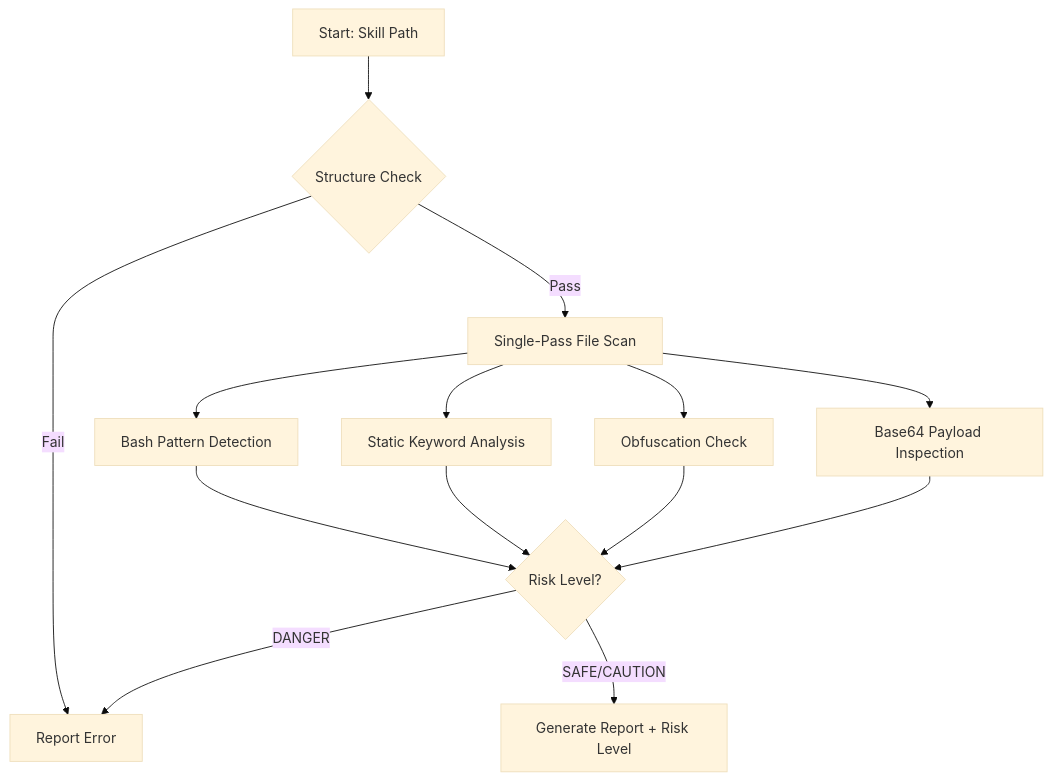
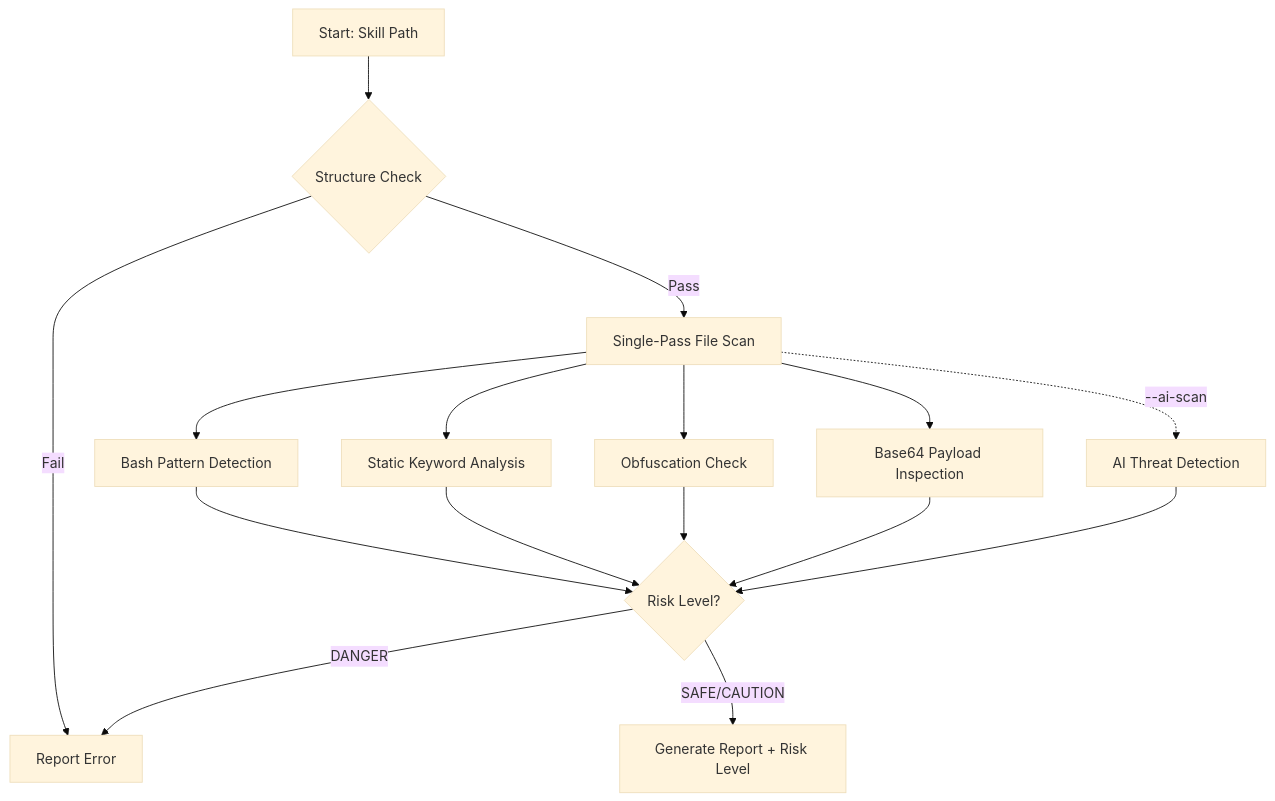
Before and after one commit to MatrixFounder/Universal-skills: the diagram in skills/skill-validator/SKILL.md, drawn with Mermaid (base theme). The commit also changed other lines of this file and 44 other files, not shown here.

````diff
--- a/skills/skill-validator/SKILL.md
+++ b/skills/skill-validator/SKILL.md
@@ -60,16 +74,18 @@
 ```mermaid
 graph TD
     A[Start: Skill Path] --> B{Structure Check}
     B -- Fail --> Z[Report Error]
     B -- Pass --> C[Single-Pass File Scan]
     C --> D[Bash Pattern Detection]
     C --> E[Static Keyword Analysis]
     C --> F[Obfuscation Check]
     C --> G[Base64 Payload Inspection]
+    C -.->|--ai-scan| K[AI Threat Detection]
     D --> H{Risk Level?}
     E --> H
     F --> H
     G --> H
+    K --> H
     H -- DANGER --> Z
     H -- SAFE/CAUTION --> I[Generate Report + Risk Level]
 ```
````
